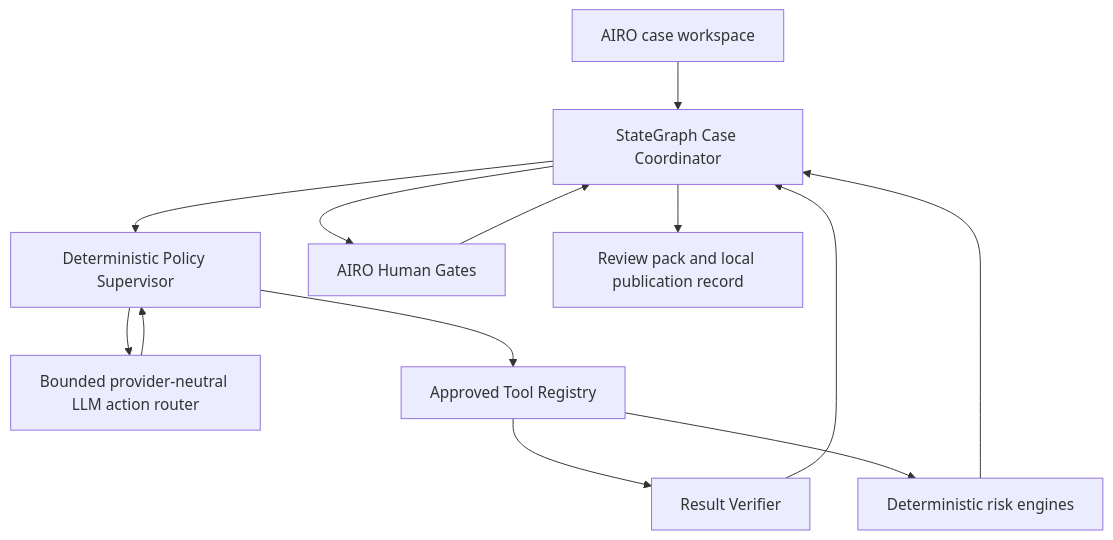
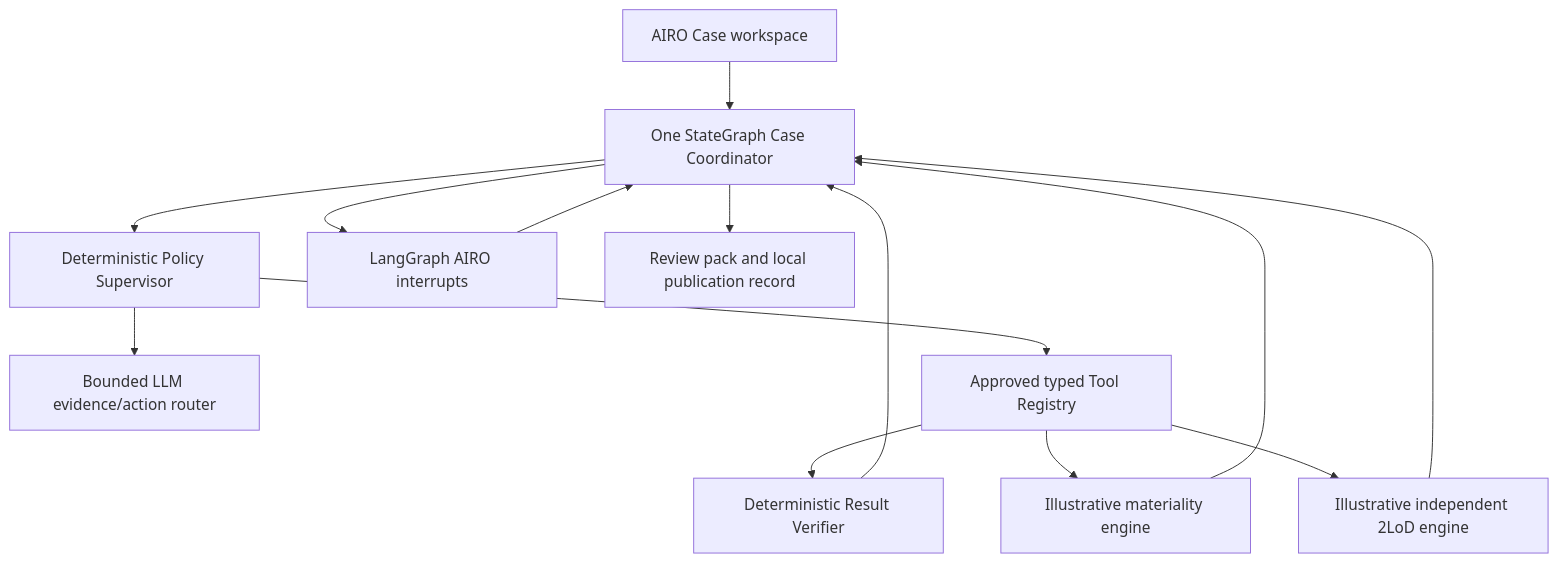
The diagram in ai-risk-triage-demo/README.md (phd08bl/model_registry_hugging), drawn with Mermaid before and after one commit. The commit also changed other lines of this file and 42 other files, not shown here.

````diff
--- a/ai-risk-triage-demo/README.md
+++ b/ai-risk-triage-demo/README.md
@@ -35,15 +46,16 @@
 ```mermaid
 flowchart TD
-    U["AIRO case workspace"] --> C["StateGraph Case Coordinator"]
-    C --> S["Deterministic Policy Supervisor"]
-    S --> L["Bounded provider-neutral LLM action router"]
-    S --> T["Approved Tool Registry"]
-    T --> V["Result Verifier"]
-    T --> D["Deterministic risk engines"]
-    C --> H["AIRO Human Gates"]
-    L --> S
+    UI[AIRO Case workspace] --> C[One StateGraph Case Coordinator]
+    C --> S[Deterministic Policy Supervisor]
+    S --> R[Bounded LLM evidence/action router]
+    S --> T[Approved typed Tool Registry]
+    T --> V[Deterministic Result Verifier]
+    T --> M[Illustrative materiality engine]
+    T --> L[Illustrative independent 2LoD engine]
     V --> C
-    D --> C
-    H --> C
-    C --> P["Review pack and local publication record"]
+    M --> C
+    L --> C
+    C --> G[LangGraph AIRO interrupts]
+    G --> C
+    C --> P[Review pack and local publication record]
 ```
````
